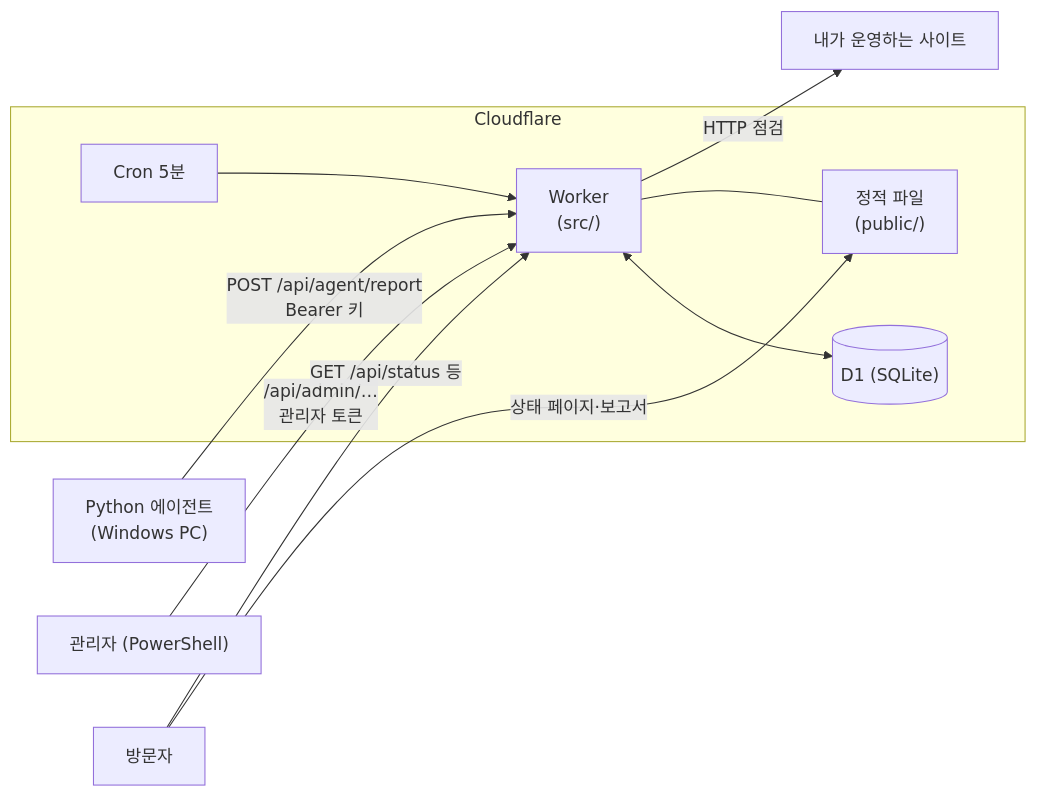
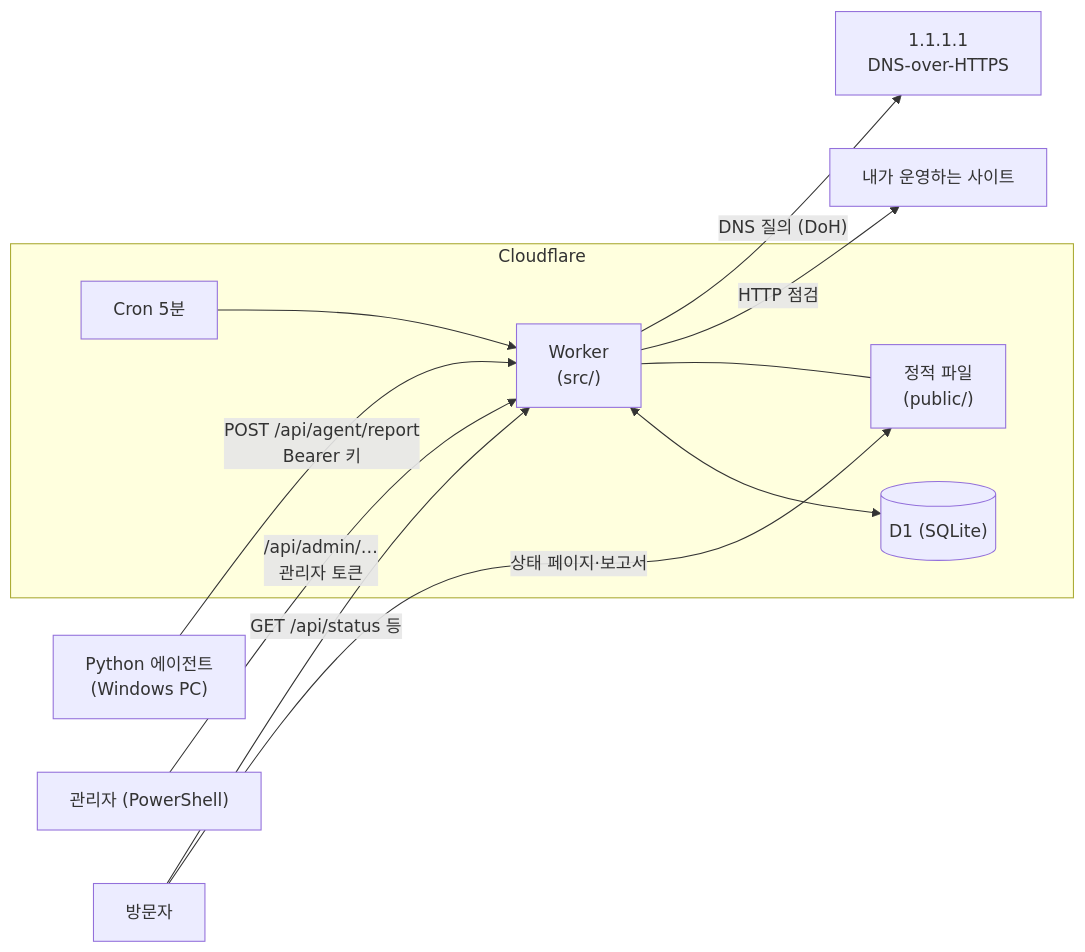
Before and after one commit to Taetaeeee/uptime-monitor: the diagram in README.md, drawn with Mermaid. The commit also changed other lines of this file and 12 other files, not shown here.

````diff
--- a/README.md
+++ b/README.md
@@ -25,13 +25,14 @@
 ```mermaid
 flowchart LR
   subgraph CF["Cloudflare"]
     CRON["Cron 5분"] --> W["Worker<br/>(src/)"]
     W <--> D1[("D1 (SQLite)")]
     W --- ST["정적 파일<br/>(public/)"]
   end
   W -- "HTTP 점검" --> SITE["내가 운영하는 사이트"]
+  W -- "DNS 질의 (DoH)" --> DOH["1.1.1.1<br/>DNS-over-HTTPS"]
   AG["Python 에이전트<br/>(Windows PC)"] -- "POST /api/agent/report<br/>Bearer 키" --> W
   ADMIN["관리자 (PowerShell)"] -- "/api/admin/…<br/>관리자 토큰" --> W
   USER["방문자"] -- "상태 페이지·보고서" --> ST
   USER -- "GET /api/status 등" --> W
 ```
````
